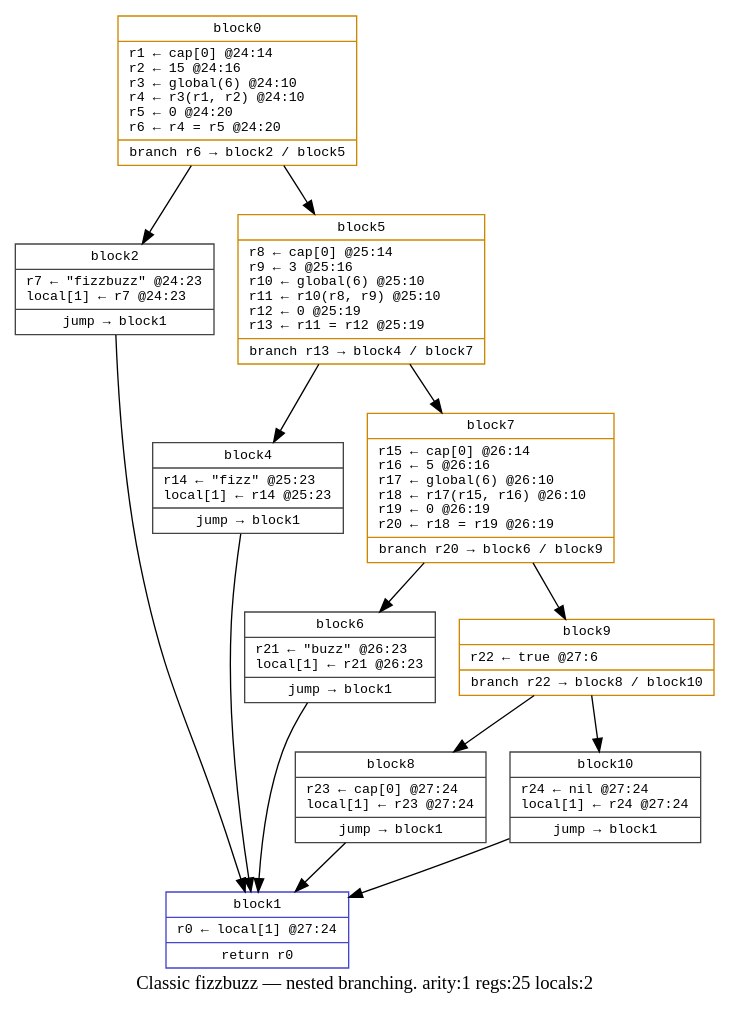
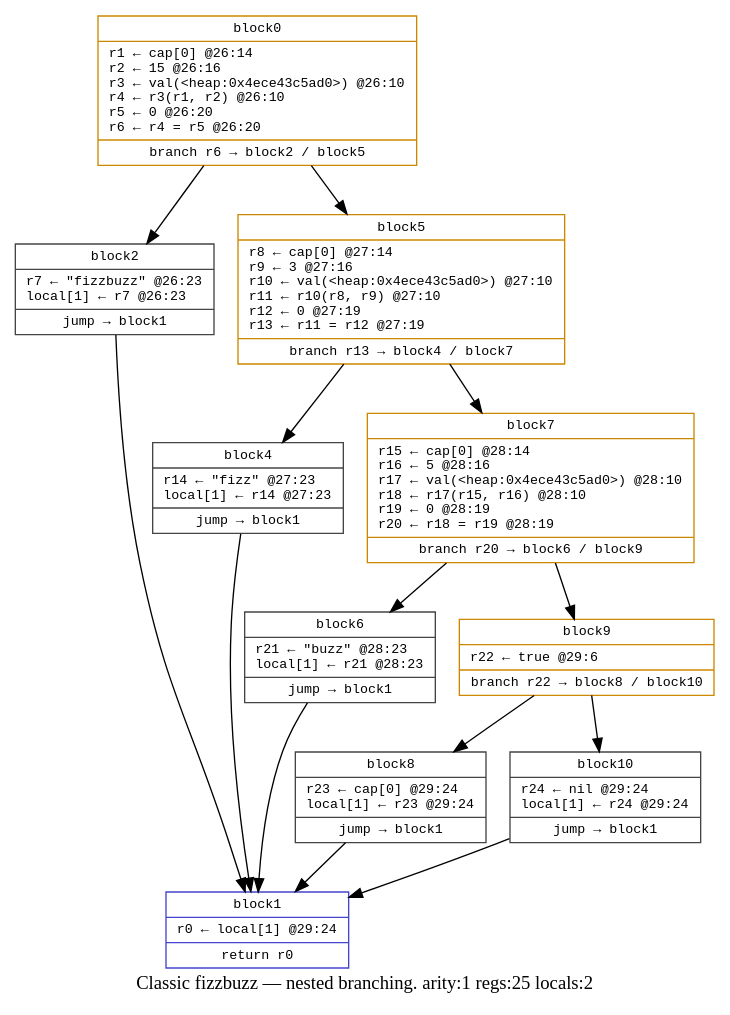
Before and after one commit to elle-lisp/elle: the diagram in demos/cfgviz/fizzbuzz.dot, drawn with Graphviz. The commit also changed 39 other files, not shown here.

```diff
--- a/demos/cfgviz/fizzbuzz.dot
+++ b/demos/cfgviz/fizzbuzz.dot
@@ -1,27 +1,27 @@
 digraph {
   label="Classic fizzbuzz — nested branching. arity:1 regs:25 locals:2";
   node [shape=record fontname="monospace" fontsize=10];
-  block0 [color="#cc8800" label="{block0|r1 ← cap[0] @24:14\lr2 ← 15 @24:16\lr3 ← global(6) @24:10\lr4 ← r3(r1, r2) @24:10\lr5 ← 0 @24:20\lr6 ← r4 = r5 @24:20\l|branch r6 → block2 / block5}"];
+  block0 [color="#cc8800" label="{block0|r1 ← cap[0] @26:14\lr2 ← 15 @26:16\lr3 ← val(\<heap:0x4ece43c5ad0\>) @26:10\lr4 ← r3(r1, r2) @26:10\lr5 ← 0 @26:20\lr6 ← r4 = r5 @26:20\l|branch r6 → block2 / block5}"];
   block0 -> block2;
   block0 -> block5;
-  block2 [color="#444444" label="{block2|r7 ← \"fizzbuzz\" @24:23\llocal[1] ← r7 @24:23\l|jump → block1}"];
+  block2 [color="#444444" label="{block2|r7 ← \"fizzbuzz\" @26:23\llocal[1] ← r7 @26:23\l|jump → block1}"];
   block2 -> block1;
-  block5 [color="#cc8800" label="{block5|r8 ← cap[0] @25:14\lr9 ← 3 @25:16\lr10 ← global(6) @25:10\lr11 ← r10(r8, r9) @25:10\lr12 ← 0 @25:19\lr13 ← r11 = r12 @25:19\l|branch r13 → block4 / block7}"];
+  block5 [color="#cc8800" label="{block5|r8 ← cap[0] @27:14\lr9 ← 3 @27:16\lr10 ← val(\<heap:0x4ece43c5ad0\>) @27:10\lr11 ← r10(r8, r9) @27:10\lr12 ← 0 @27:19\lr13 ← r11 = r12 @27:19\l|branch r13 → block4 / block7}"];
   block5 -> block4;
   block5 -> block7;
-  block4 [color="#444444" label="{block4|r14 ← \"fizz\" @25:23\llocal[1] ← r14 @25:23\l|jump → block1}"];
+  block4 [color="#444444" label="{block4|r14 ← \"fizz\" @27:23\llocal[1] ← r14 @27:23\l|jump → block1}"];
   block4 -> block1;
-  block7 [color="#cc8800" label="{block7|r15 ← cap[0] @26:14\lr16 ← 5 @26:16\lr17 ← global(6) @26:10\lr18 ← r17(r15, r16) @26:10\lr19 ← 0 @26:19\lr20 ← r18 = r19 @26:19\l|branch r20 → block6 / block9}"];
+  block7 [color="#cc8800" label="{block7|r15 ← cap[0] @28:14\lr16 ← 5 @28:16\lr17 ← val(\<heap:0x4ece43c5ad0\>) @28:10\lr18 ← r17(r15, r16) @28:10\lr19 ← 0 @28:19\lr20 ← r18 = r19 @28:19\l|branch r20 → block6 / block9}"];
   block7 -> block6;
   block7 -> block9;
-  block6 [color="#444444" label="{block6|r21 ← \"buzz\" @26:23\llocal[1] ← r21 @26:23\l|jump → block1}"];
+  block6 [color="#444444" label="{block6|r21 ← \"buzz\" @28:23\llocal[1] ← r21 @28:23\l|jump → block1}"];
   block6 -> block1;
-  block9 [color="#cc8800" label="{block9|r22 ← true @27:6\l|branch r22 → block8 / block10}"];
+  block9 [color="#cc8800" label="{block9|r22 ← true @29:6\l|branch r22 → block8 / block10}"];
   block9 -> block8;
   block9 -> block10;
-  block8 [color="#444444" label="{block8|r23 ← cap[0] @27:24\llocal[1] ← r23 @27:24\l|jump → block1}"];
+  block8 [color="#444444" label="{block8|r23 ← cap[0] @29:24\llocal[1] ← r23 @29:24\l|jump → block1}"];
   block8 -> block1;
-  block10 [color="#444444" label="{block10|r24 ← nil @27:24\llocal[1] ← r24 @27:24\l|jump → block1}"];
+  block10 [color="#444444" label="{block10|r24 ← nil @29:24\llocal[1] ← r24 @29:24\l|jump → block1}"];
   block10 -> block1;
-  block1 [color="#4444cc" label="{block1|r0 ← local[1] @27:24\l|return r0}"];
+  block1 [color="#4444cc" label="{block1|r0 ← local[1] @29:24\l|return r0}"];
 }
```
